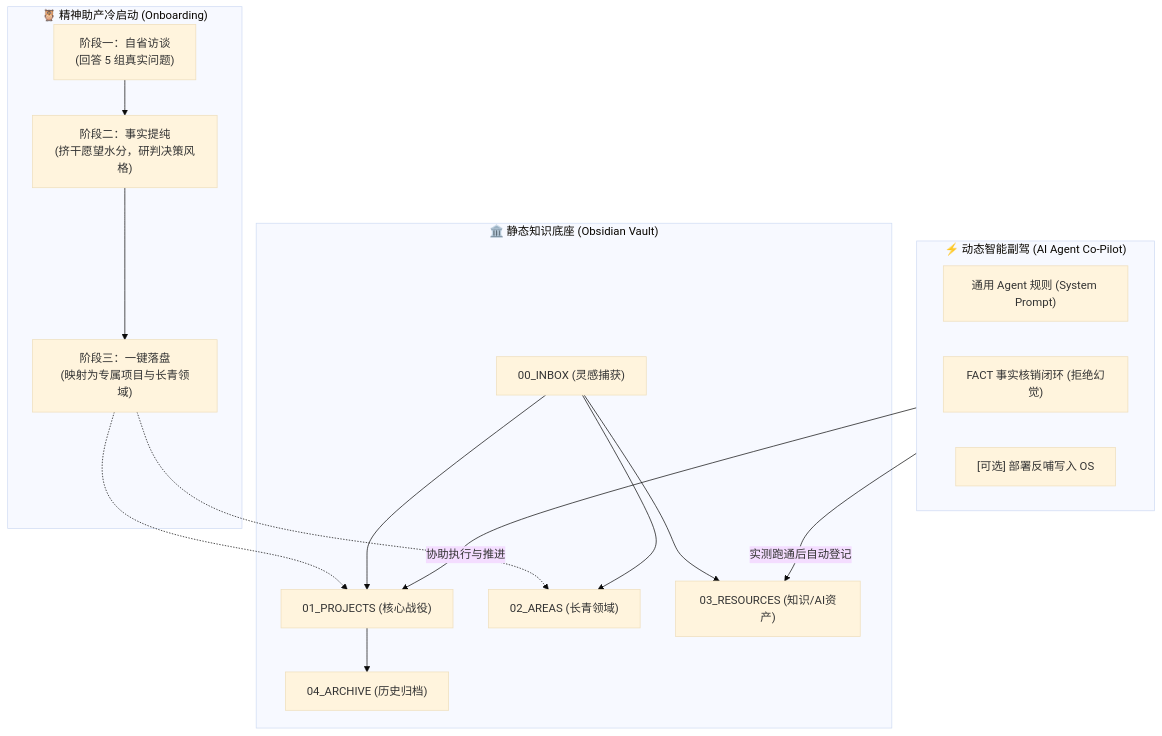
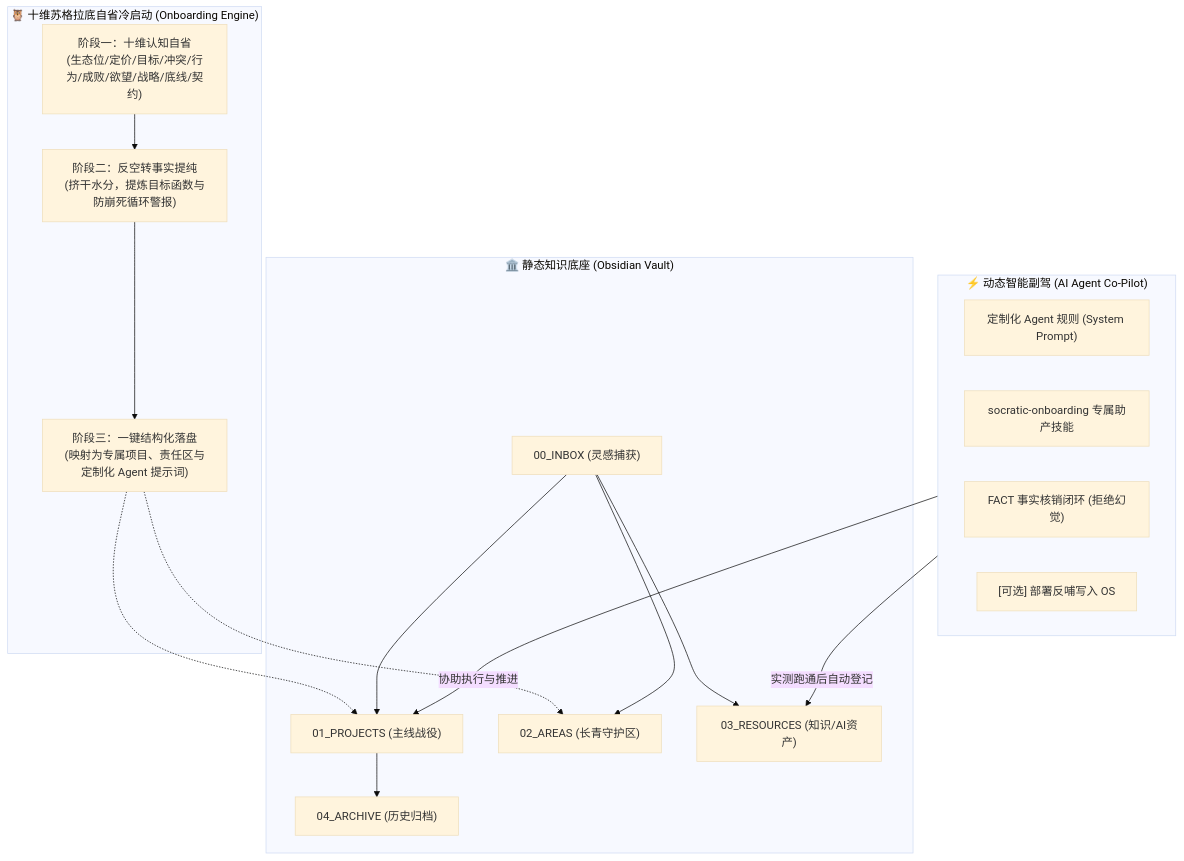
Before and after one commit to amen121386/Know-Yourself: the diagram in README.md, drawn with Mermaid (base theme). The commit also changed other lines of this file and 4 other files, not shown here.

Commit message:
feat: upgrade to 10-dimensional Socratic cognitive onboarding & add native skill

````diff
--- a/README.md
+++ b/README.md
@@ -32,25 +32,26 @@
 ```mermaid
 flowchart TD
-    subgraph Socratic ["🦉 精神助产冷启动 (Onboarding)"]
-        INTERVIEW["阶段一：自省访谈<br>(回答 5 组真实问题)"] --> EXTRACT["阶段二：事实提纯<br>(挤干愿望水分，研判决策风格)"]
-        EXTRACT --> INGEST["阶段三：一键落盘<br>(映射为专属项目与长青领域)"]
+    subgraph Socratic ["🦉 十维苏格拉底自省冷启动 (Onboarding Engine)"]
+        INTERVIEW["阶段一：十维认知自省<br>(生态位/定价/目标/冲突/行为/成败/欲望/战略/底线/契约)"] --> EXTRACT["阶段二：反空转事实提纯<br>(挤干水分，提炼目标函数与防崩死循环警报)"]
+        EXTRACT --> INGEST["阶段三：一键结构化落盘<br>(映射为专属项目、责任区与定制化 Agent 提示词)"]
     end
 
     subgraph Core1 ["🏛️ 静态知识底座 (Obsidian Vault)"]
-        INGEST -.-> PROJECTS["01_PROJECTS (核心战役)"]
-        INGEST -.-> AREAS["02_AREAS (长青领域)"]
+        INGEST -.-> PROJECTS["01_PROJECTS (主线战役)"]
+        INGEST -.-> AREAS["02_AREAS (长青守护区)"]
         INBOX["00_INBOX (灵感捕获)"] --> PROJECTS
         INBOX --> AREAS
         INBOX --> RESOURCES["03_RESOURCES (知识/AI资产)"]
         PROJECTS --> ARCHIVE["04_ARCHIVE (历史归档)"]
     end
 
     subgraph Core2 ["⚡ 动态智能副驾 (AI Agent Co-Pilot)"]
-        PROMPT["通用 Agent 规则 (System Prompt)"]
+        PROMPT["定制化 Agent 规则 (System Prompt)"]
+        SKILL["socratic-onboarding 专属助产技能"]
         FACT["FACT 事实核销闭环 (拒绝幻觉)"]
         AUTOSYNC["[可选] 部署反哺写入 OS"]
     end
 
     Core2 -->|协助执行与推进| PROJECTS
     Core2 -->|实测跑通后自动登记| RESOURCES
 ```
````
